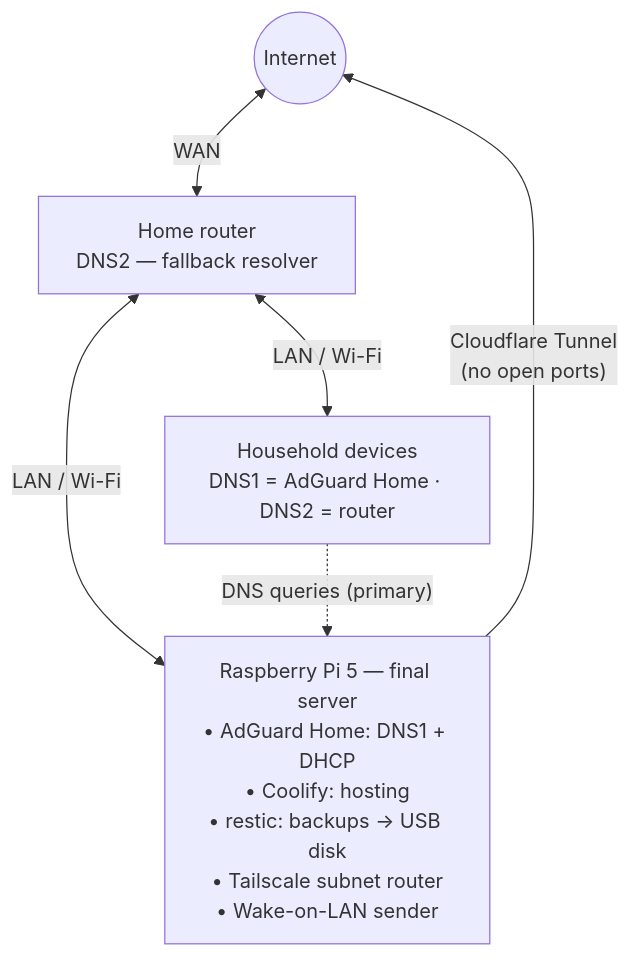
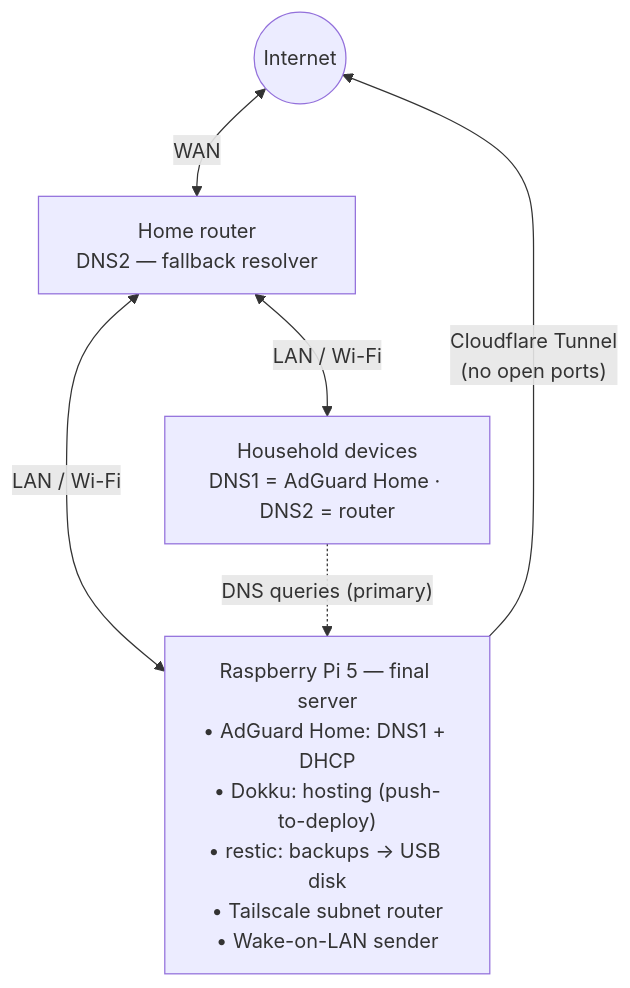
Before and after one commit to kcurtet/homelab: the first of 2 diagrams in docs/topology.md, drawn with Mermaid. The commit also changed other lines of this file and 22 other files, not shown here.

Commit message:
feat(hosting): replace coolify with dokku push-to-deploy behind traefik; dashboard + restic live

````diff
--- a/docs/topology.md
+++ b/docs/topology.md
@@ -8,13 +8,13 @@
 ```mermaid
 flowchart TD
     IN(("Internet"))
     R["Home router<br/>DNS2 — fallback resolver"]
-    PI["Raspberry Pi 5 — final server<br/>• AdGuard Home: DNS1 + DHCP<br/>• Coolify: hosting<br/>• restic: backups → USB disk<br/>• Tailscale subnet router<br/>• Wake-on-LAN sender"]
+    PI["Raspberry Pi 5 — final server<br/>• AdGuard Home: DNS1 + DHCP<br/>• Dokku: hosting (push-to-deploy)<br/>• restic: backups → USB disk<br/>• Tailscale subnet router<br/>• Wake-on-LAN sender"]
     F["Household devices<br/>DNS1 = AdGuard Home · DNS2 = router"]
 
     IN <-- "WAN" --> R
     R <-- "LAN / Wi-Fi" --> PI
     R <-- "LAN / Wi-Fi" --> F
     F -. "DNS queries (primary)" .-> PI
     PI -- "Cloudflare Tunnel<br/>(no open ports)" --> IN
 ```
````
